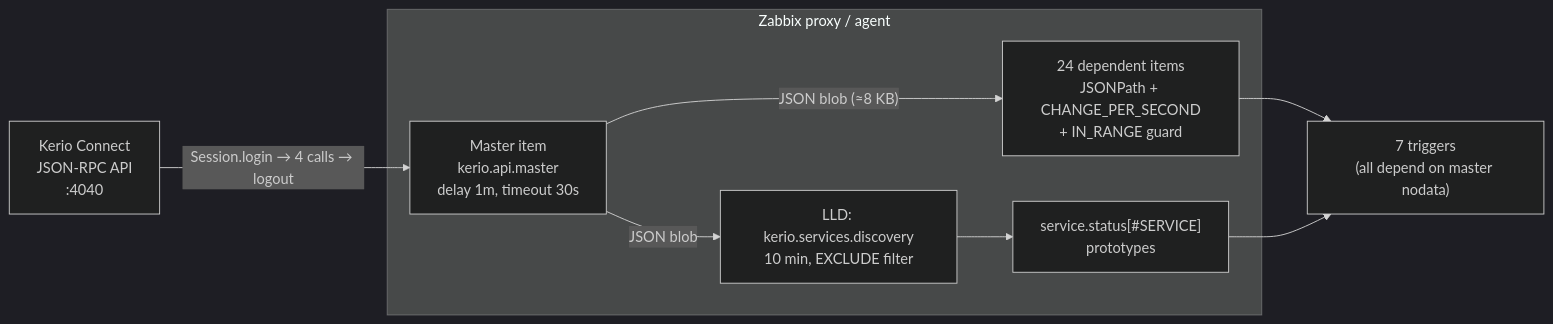
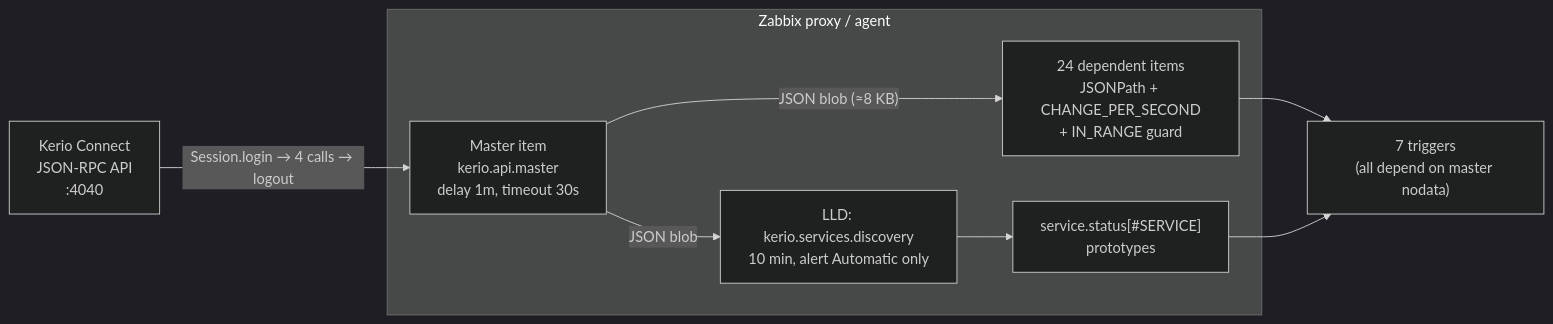
One commit to IT-for-Prof/zabbix-kerio-connect changed the first of 2 diagrams in README_EN.md. Above: the diagram before and after it, drawn with Mermaid (dark theme). The commit also changed other lines of this file and 8 other files, not shown here.

````diff
--- a/README_EN.md
+++ b/README_EN.md
@@ -12,18 +12,18 @@
 ```mermaid
 flowchart LR
     K[Kerio Connect<br/>JSON-RPC API<br/>:4040]
     subgraph Z[Zabbix proxy / agent]
         M["Master item<br/>kerio.api.master<br/>delay 1m, timeout 30s"]
         D["24 dependent items<br/>JSONPath + CHANGE_PER_SECOND<br/>+ IN_RANGE guard"]
-        L["LLD: kerio.services.discovery<br/>10 min, EXCLUDE filter"]
+        L["LLD: kerio.services.discovery<br/>10 min, alert Automatic only"]
         SP["service.status[#SERVICE]<br/>prototypes"]
     end
     T["7 triggers<br/>(all depend on master nodata)"]
 
     K -- "Session.login → 4 calls → logout" --> M
     M -- "JSON blob (≈8 KB)" --> D
     M -- "JSON blob" --> L
     L --> SP
     D --> T
     SP --> T
 ```
````
